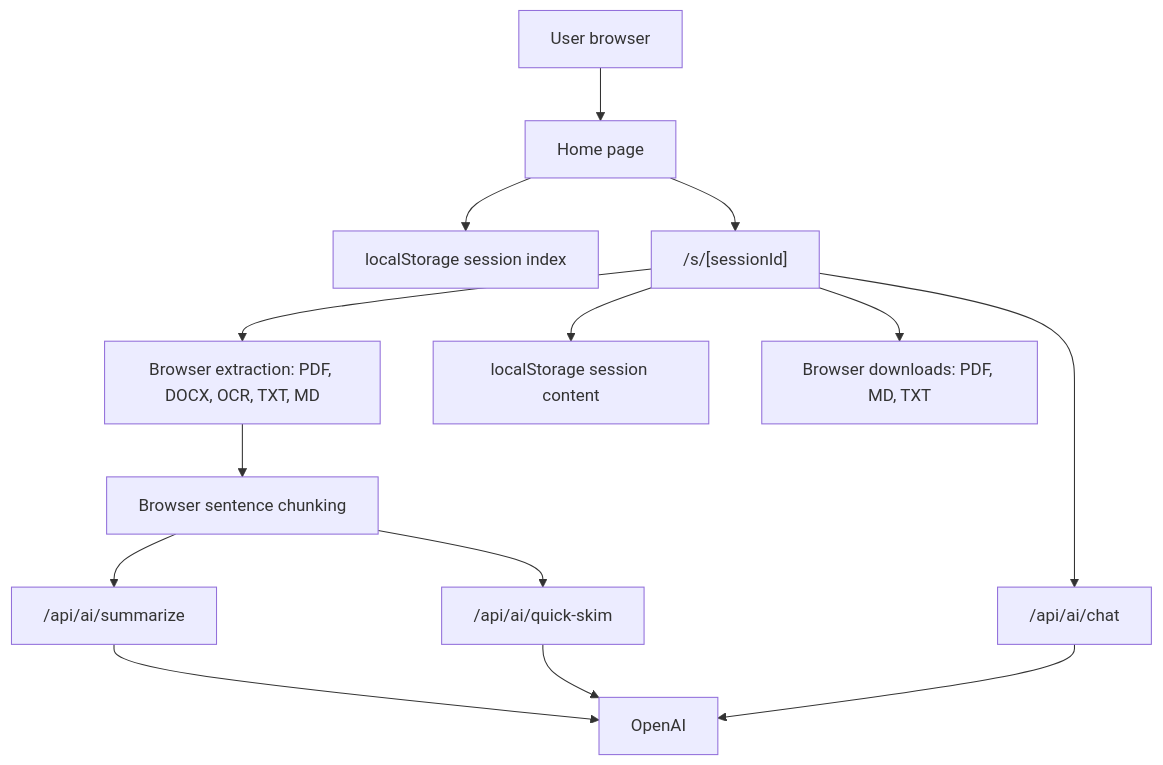
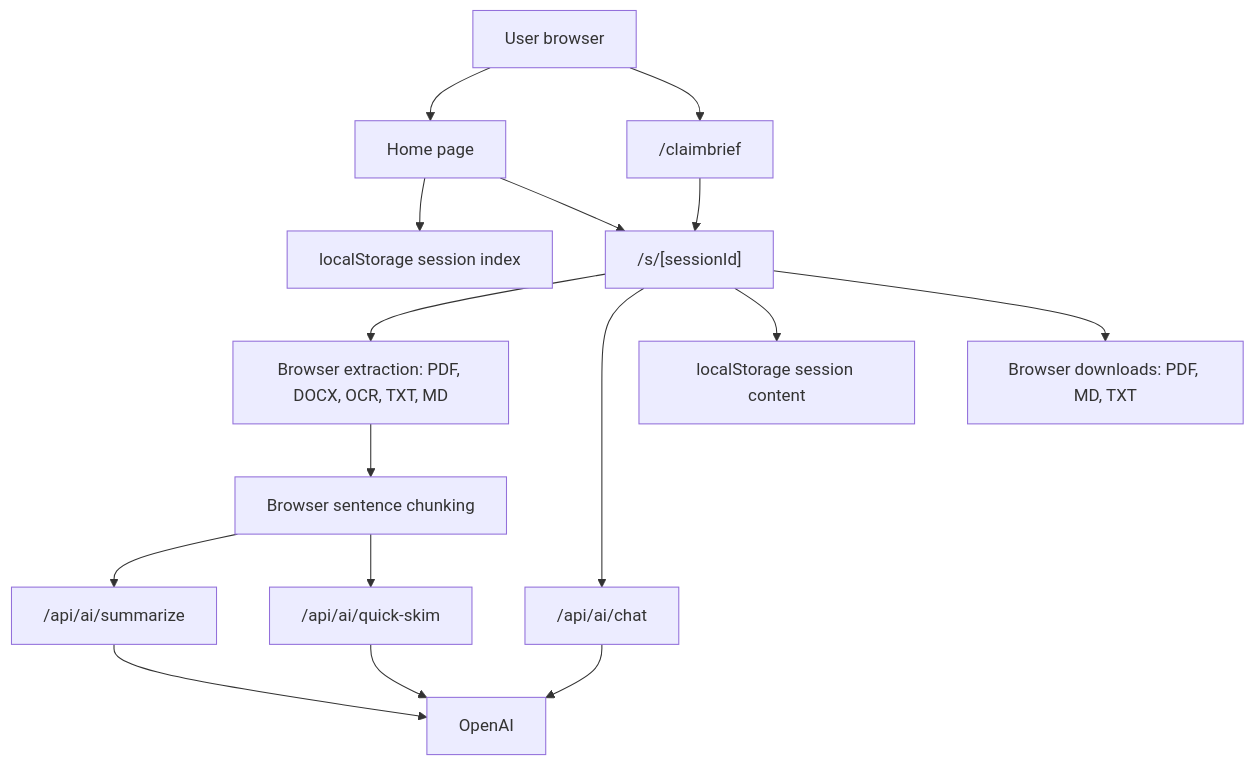
One commit to sandip-pathe/arin changed the diagram in docs/ARCHITECTURE.md. Above: the diagram before and after it, drawn with Mermaid. The commit also changed other lines of this file and 23 other files, not shown here.

Commit message:
feat: add ClaimBrief sales wedge

````diff
--- a/docs/ARCHITECTURE.md
+++ b/docs/ARCHITECTURE.md
@@ -7,16 +7,18 @@
 ```mermaid
 flowchart TD
   User["User browser"] --> Home["Home page"]
+  User --> ClaimBrief["/claimbrief"]
   Home --> LocalIndex["localStorage session index"]
+  ClaimBrief --> Session
   Home --> Session["/s/[sessionId]"]
   Session --> Extraction["Browser extraction: PDF, DOCX, OCR, TXT, MD"]
   Extraction --> Chunking["Browser sentence chunking"]
   Chunking --> SummaryApi["/api/ai/summarize"]
   Chunking --> SkimApi["/api/ai/quick-skim"]
   Session --> ChatApi["/api/ai/chat"]
   SummaryApi --> OpenAI["OpenAI"]
   SkimApi --> OpenAI
   ChatApi --> OpenAI
   Session --> LocalContent["localStorage session content"]
   Session --> Exports["Browser downloads: PDF, MD, TXT"]
 ```
````
